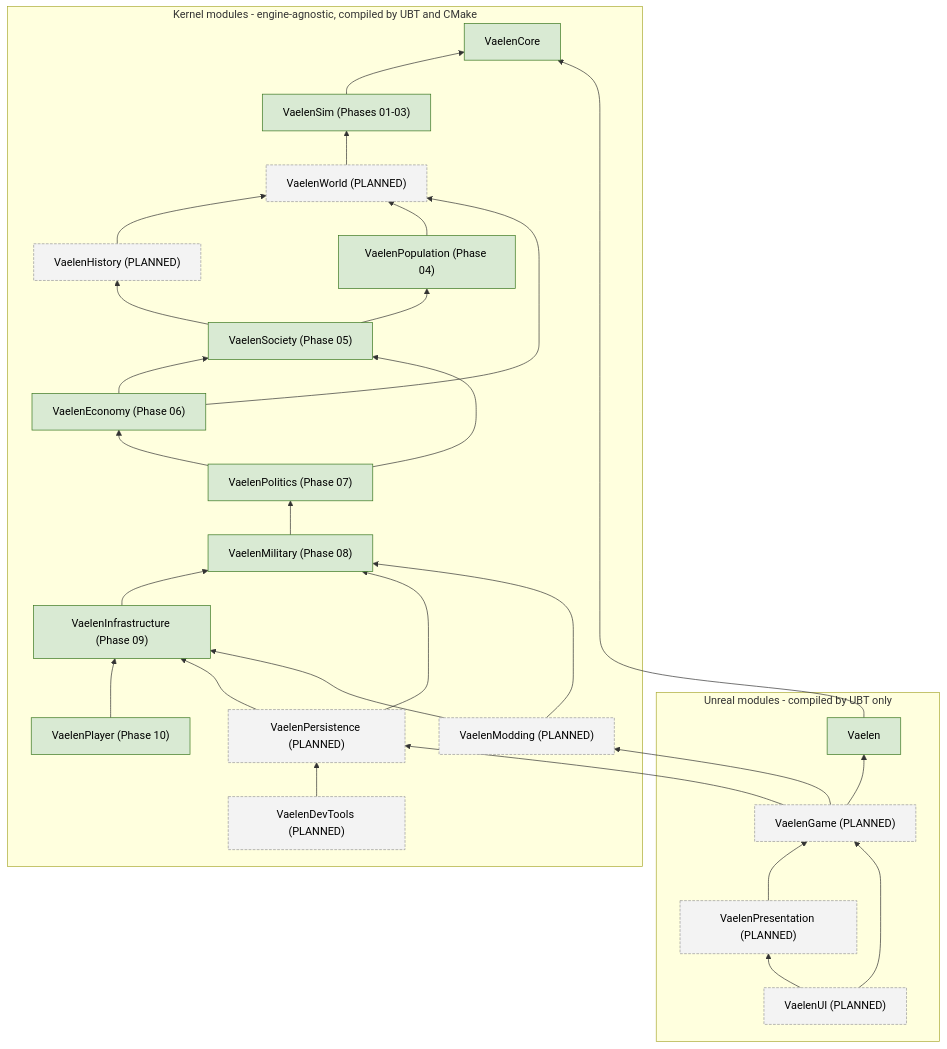
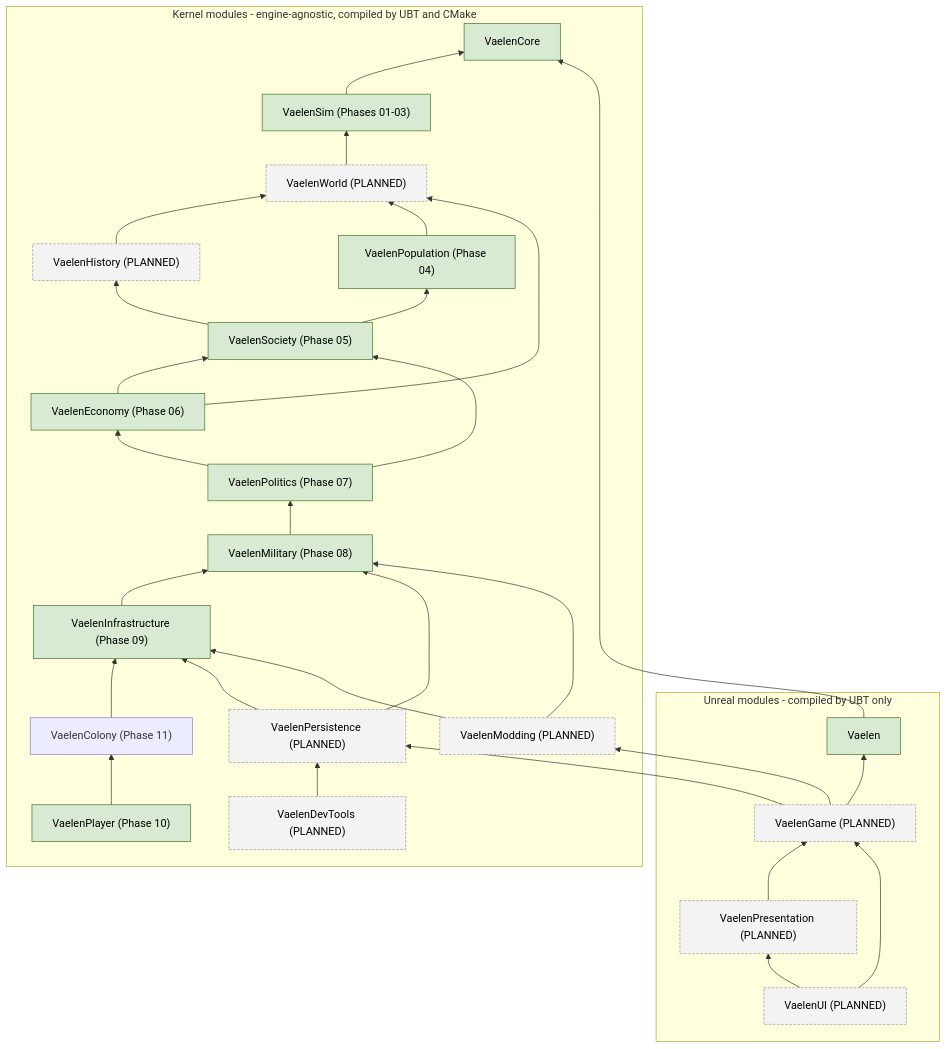
Before and after one commit to Thomas10112/vaelen: the second of 2 diagrams in Docs/ARCHITECTURE.md, drawn with Mermaid. The commit also changed other lines of this file and 15 other files, not shown here.

````diff
--- a/Docs/ARCHITECTURE.md
+++ b/Docs/ARCHITECTURE.md
@@ -175,57 +176,59 @@
 ```mermaid
 flowchart BT
     subgraph Kernel["Kernel modules - engine-agnostic, compiled by UBT and CMake"]
         Core["VaelenCore"]
         Sim["VaelenSim (Phases 01-03)"]
         World["VaelenWorld (PLANNED)"]
         History["VaelenHistory (PLANNED)"]
         Population["VaelenPopulation (Phase 04)"]
         Society["VaelenSociety (Phase 05)"]
         Economy["VaelenEconomy (Phase 06)"]
         Politics["VaelenPolitics (Phase 07)"]
         Military["VaelenMilitary (Phase 08)"]
         Infrastructure["VaelenInfrastructure (Phase 09)"]
+        ColonyMod["VaelenColony (Phase 11)"]
         PlayerMod["VaelenPlayer (Phase 10)"]
         Persistence["VaelenPersistence (PLANNED)"]
         DevTools["VaelenDevTools (PLANNED)"]
         Modding["VaelenModding (PLANNED)"]
     end
     subgraph Unreal["Unreal modules - compiled by UBT only"]
         Bridge["Vaelen"]
         Game["VaelenGame (PLANNED)"]
         Presentation["VaelenPresentation (PLANNED)"]
         UI["VaelenUI (PLANNED)"]
     end
 
     Sim --> Core
     World --> Sim
     History --> World
     Population --> World
     Society --> Population
     Society --> History
     Economy --> Society
     Economy --> World
     Politics --> Society
     Politics --> Economy
     Military --> Politics
     Infrastructure --> Military
-    PlayerMod --> Infrastructure
+    ColonyMod --> Infrastructure
+    PlayerMod --> ColonyMod
     Persistence --> Military
     Persistence --> Infrastructure
     DevTools --> Persistence
     Modding --> Infrastructure
     Modding --> Military
 
     Bridge --> Core
     Game --> Bridge
     Game --> Persistence
     Game --> Modding
     Presentation --> Game
     UI --> Presentation
     UI --> Game
 
     classDef existing fill:#d9ead3,stroke:#38761d,color:#000;
     classDef planned fill:#f3f3f3,stroke:#999,color:#000,stroke-dasharray: 4 2;
     class Core,Bridge,Sim,Population,Society,Economy,Politics,Military,Infrastructure,PlayerMod existing;
     class World,History,Persistence,DevTools,Modding,Game,Presentation,UI planned;
 ```
````
